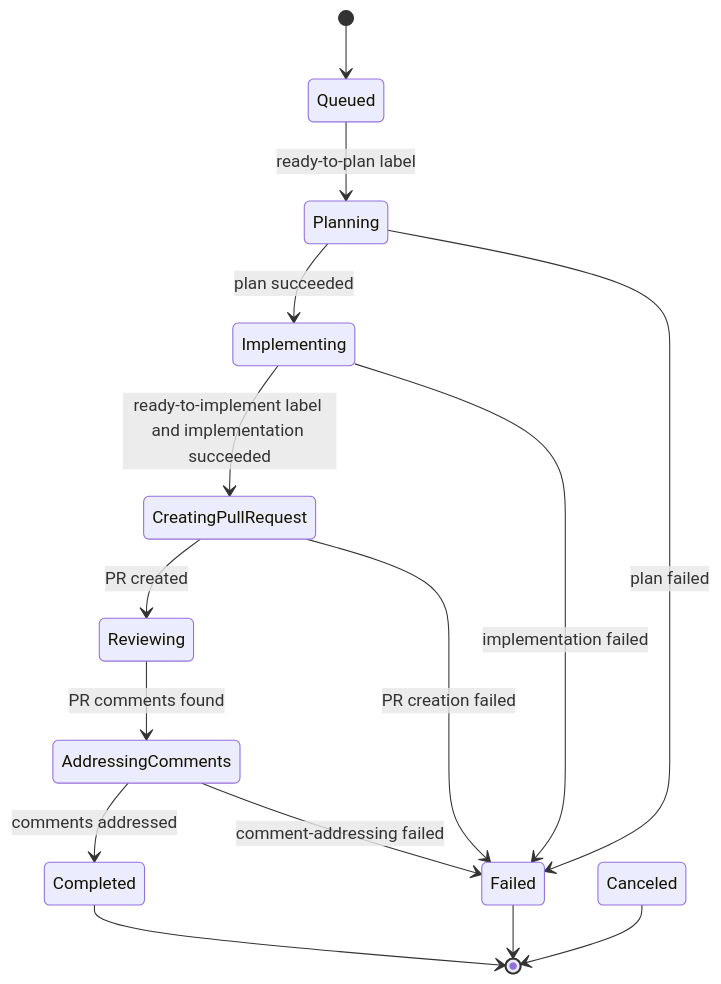
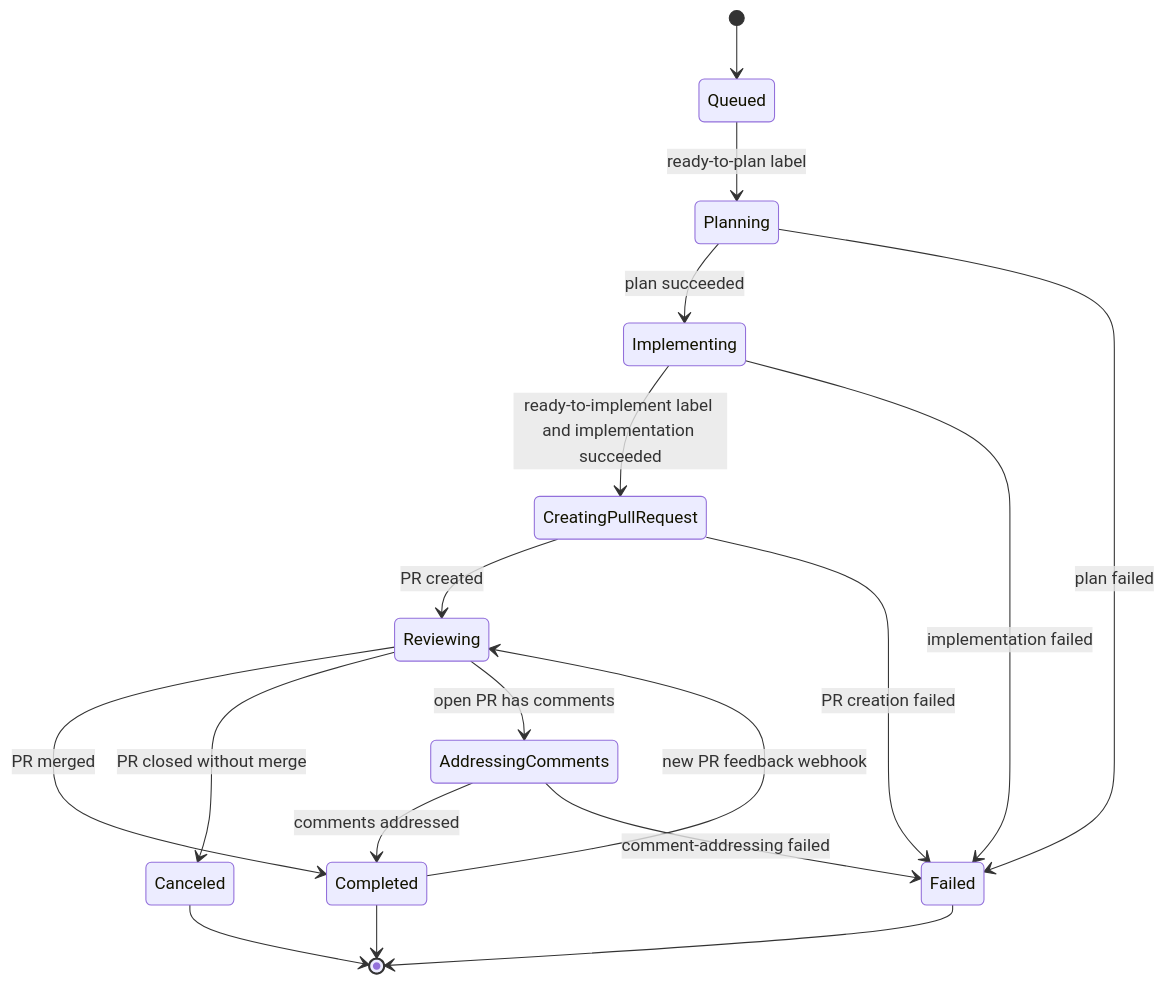
One commit to anhaehne/hhnl.Formicae changed the diagram in docs/mvp-workflow.md. Above: the diagram before and after it, drawn with Mermaid. The commit also changed other lines of this file and 4 other files, not shown here.

````diff
--- a/docs/mvp-workflow.md
+++ b/docs/mvp-workflow.md
@@ -18,17 +18,20 @@
 ```mermaid
 stateDiagram-v2
     [*] --> Queued
     Queued --> Planning: ready-to-plan label
     Planning --> Implementing: plan succeeded
     Planning --> Failed: plan failed
     Implementing --> CreatingPullRequest: ready-to-implement label and implementation succeeded
     Implementing --> Failed: implementation failed
     CreatingPullRequest --> Reviewing: PR created
     CreatingPullRequest --> Failed: PR creation failed
-    Reviewing --> AddressingComments: PR comments found
+    Reviewing --> Completed: PR merged
+    Reviewing --> Canceled: PR closed without merge
+    Reviewing --> AddressingComments: open PR has comments
     AddressingComments --> Completed: comments addressed
     AddressingComments --> Failed: comment-addressing failed
+    Completed --> Reviewing: new PR feedback webhook
     Completed --> [*]
     Failed --> [*]
     Canceled --> [*]
 ```
````
